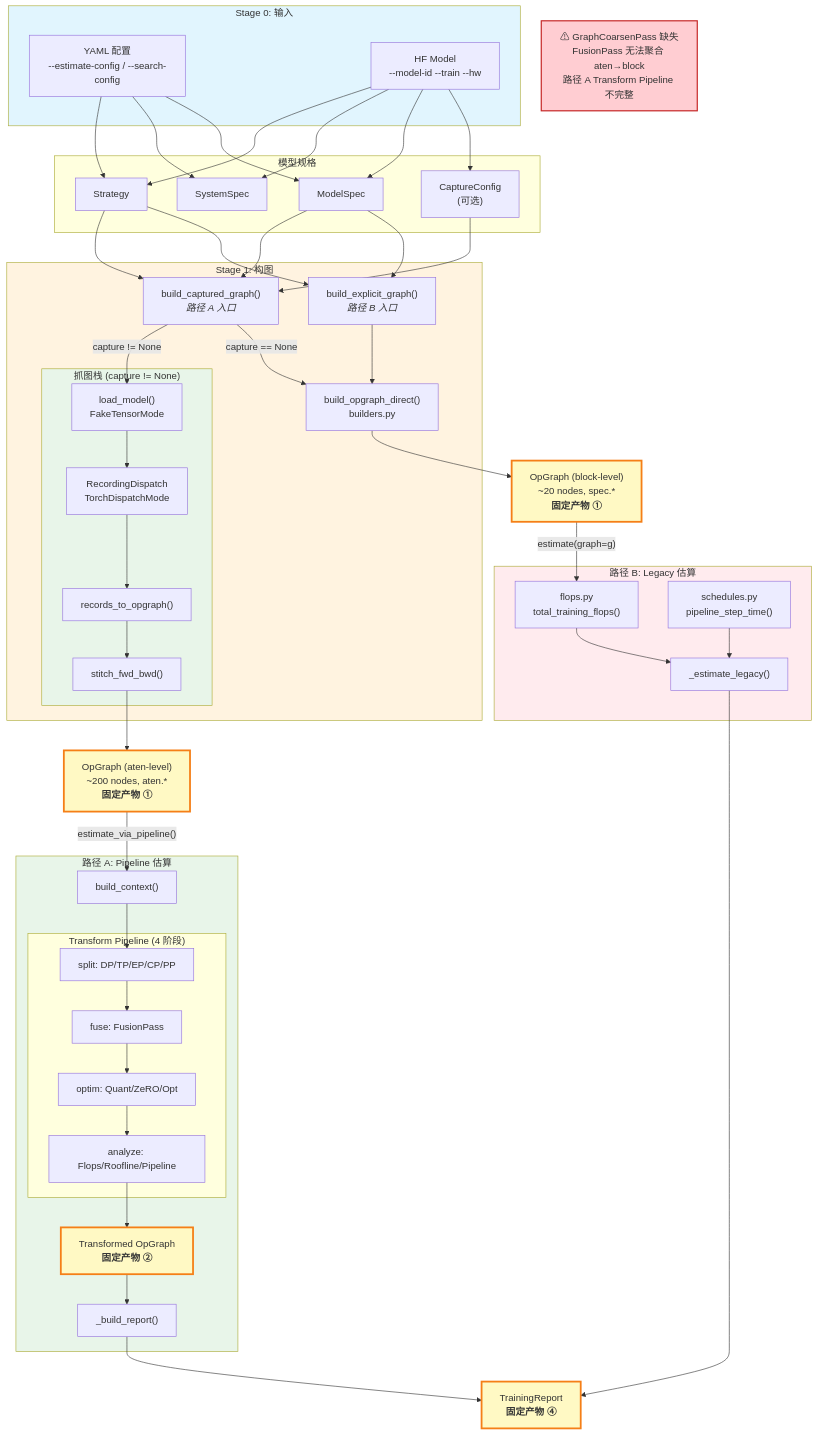
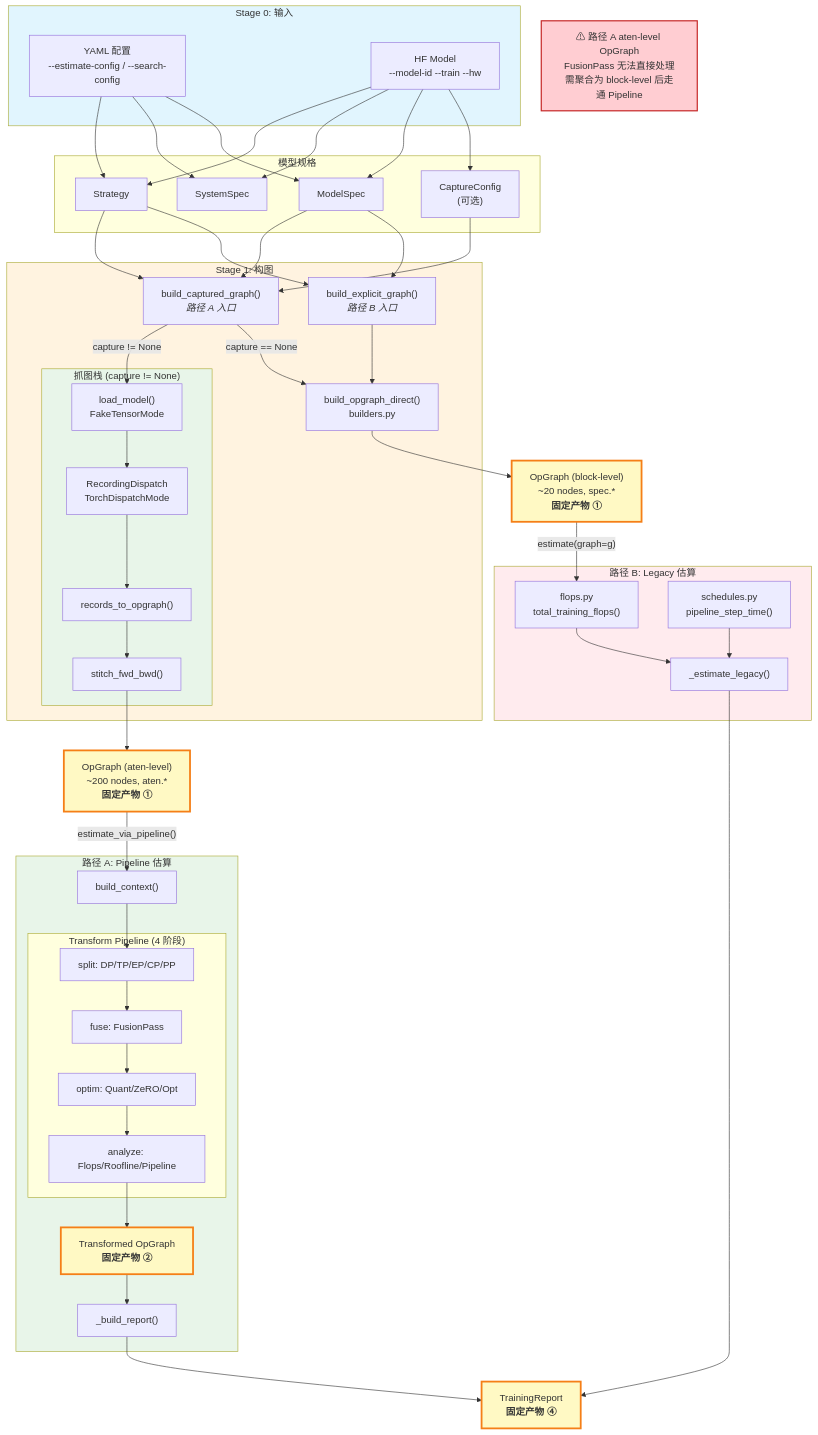
One commit to wl55721/modeling changed the first of 3 diagrams in docs/refactor.md. Above: the diagram before and after it, drawn with Mermaid. The commit also changed other lines of this file and 21 other files, not shown here.

```diff
--- a/docs/refactor.md
+++ b/docs/refactor.md
@@ -136,7 +136,7 @@
     P1_RPT --> RPT["TrainingReport<br/><b>固定产物 ④</b>"]
     P2_RPT --> RPT
 
-    GAP["⚠ GraphCoarsenPass 缺失<br/>FusionPass 无法聚合 aten→block<br/>路径 A Transform Pipeline 不完整"]
+    GAP["⚠ 路径 A aten-level OpGraph<br/>FusionPass 无法直接处理<br/>需聚合为 block-level 后走通 Pipeline"]
 
     style INPUT fill:#e1f5fe
     style BUILD fill:#fff3e0
```
